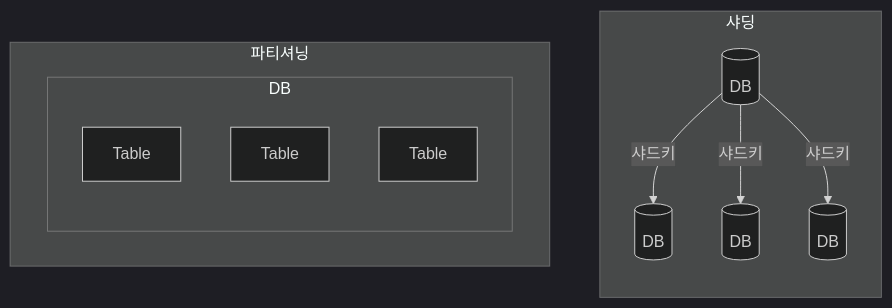
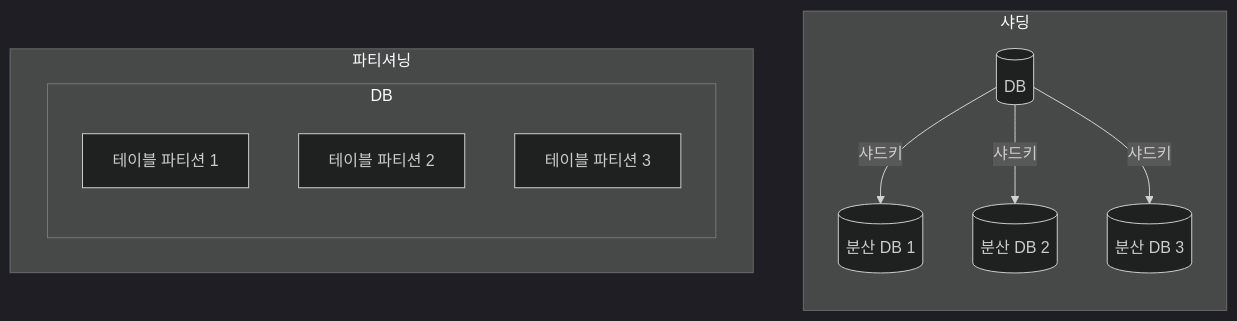
The first of 2 diagrams in blog/pe/db/sharding-partitioning.md (gracefullight/gracefullight.github.io), drawn with Mermaid (dark theme) before and after one commit.

Commit message:
docs(pe): 📚️ sharding, partitioning

````diff
--- a/blog/pe/db/sharding-partitioning.md
+++ b/blog/pe/db/sharding-partitioning.md
@@ -13,24 +13,24 @@
 ```mermaid
 graph TB
   subgraph 샤딩
     direction TB 
     OriginDB[(DB)]
 
     DB1[(DB)]
     DB2[(DB)]
     DB3[(DB)]
 
-    OriginDB -->|샤드키| DB1
-    OriginDB -->|샤드키| DB2
-    OriginDB -->|샤드키| DB3
+    OriginDB -->|샤드키| DB1[(분산 DB 1)]
+    OriginDB -->|샤드키| DB2[(분산 DB 2)]
+    OriginDB -->|샤드키| DB3[(분산 DB 3)]
   end
 
   subgraph 파티셔닝
     subgraph DB
       direction TB
-      table1[Table]
-      table2[Table]
-      table3[Table]
+      table1[테이블 파티션 1]
+      table2[테이블 파티션 2]
+      table3[테이블 파티션 3]
     end
   end
 ```
````
